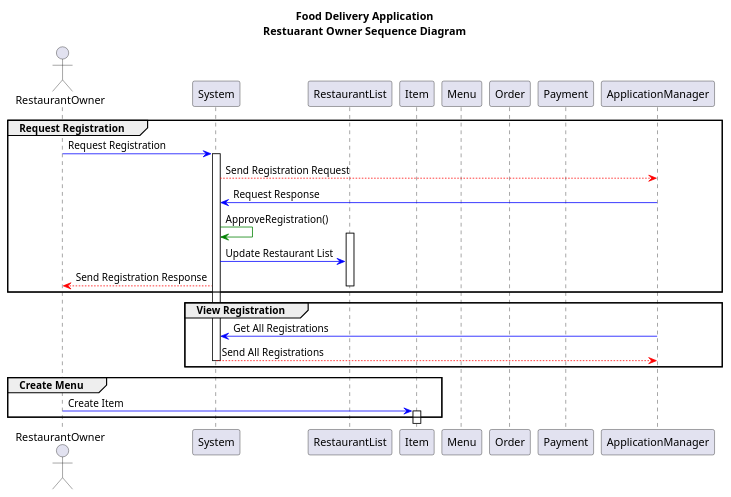
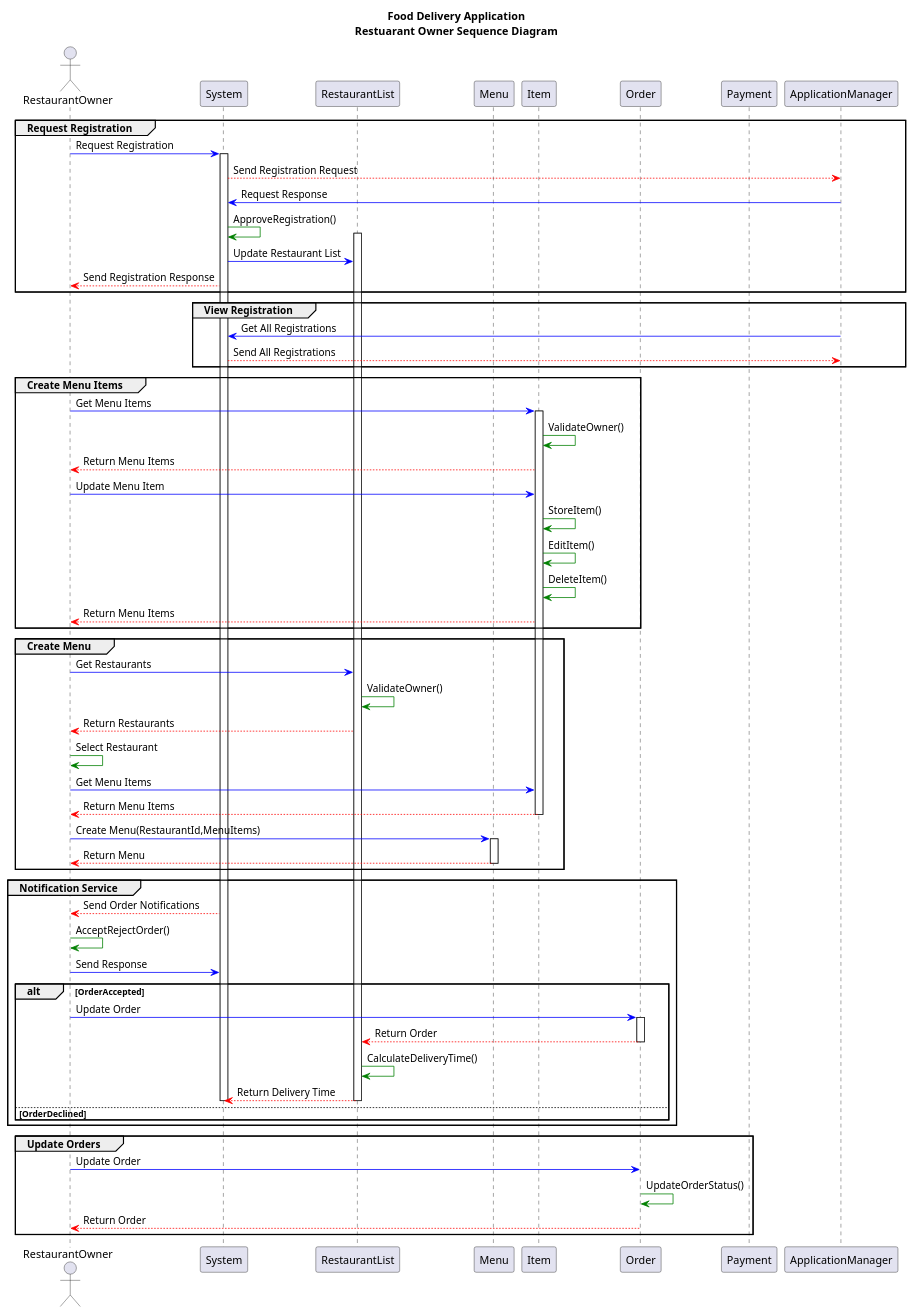
The diagram in WesFiles/RestaurantO-SD.puml (WestonDockstader/FoodDeliveryApp), drawn with PlantUML before and after one commit.

Commit message:
update to RestaurantOwnerSD

```diff
--- a/WesFiles/RestaurantO-SD.puml
+++ b/WesFiles/RestaurantO-SD.puml
@@ -1,37 +1,79 @@
 @startuml 
 
 title Food Delivery Application\nRestuarant Owner Sequence Diagram
 
 actor RestaurantOwner
 
 participant System as System 
 participant RestaurantList as RestaurantList
+participant Menu as Menu
 participant Item as Item
-participant Menu as Menu
 participant Order as Order 
 participant Payment as Payment 
 
 group Request Registration
     RestaurantOwner -[#blue]> System : Request Registration
     activate System
         System -[#red]-> ApplicationManager : Send Registration Request
         ApplicationManager -[#blue]> System : Request Response
         System -[#green]> System : ApproveRegistration()
             activate RestaurantList
             System -[#blue]> RestaurantList : Update Restaurant List
             System -[#red]-> RestaurantOwner : Send Registration Response
-            deactivate RestaurantList
 end /'End Request Registration'/
 
 group View Registration
         ApplicationManager -[#blue]> System : Get All Registrations
         System -[#red]-> ApplicationManager : Send All Registrations
-    deactivate System
 end /'End View Regisration'/
 
+group Create Menu Items
+    RestaurantOwner -[#blue]> Item : Get Menu Items
+    activate Item
+    Item -[#green]> Item : ValidateOwner()
+    Item -[#red]-> RestaurantOwner : Return Menu Items
+    RestaurantOwner -[#blue]> Item : Update Menu Item
+    Item -[#green]> Item : StoreItem()
+    Item -[#green]> Item : EditItem()
+    Item -[#green]> Item : DeleteItem()
+    Item -[#red]-> RestaurantOwner : Return Menu Items
+end /'Create Menu Items'/
+
 group Create Menu
-    RestaurantOwner -[#blue]> Item : Create Item
-    activate Item
+    RestaurantOwner -[#blue]> RestaurantList : Get Restaurants
+    RestaurantList -[#green]> RestaurantList : ValidateOwner()
+    RestaurantList -[#red]-> RestaurantOwner : Return Restaurants
+    RestaurantOwner -[#green]> RestaurantOwner : Select Restaurant
+    RestaurantOwner -[#blue]> Item : Get Menu Items
+    Item -[#red]-> RestaurantOwner : Return Menu Items
+    deactivate Item
+    RestaurantOwner -[#blue]> Menu : Create Menu(RestaurantId,MenuItems)
+    activate Menu
+    Menu -[#red]-> RestaurantOwner : Return Menu
+    deactivate Menu
 end /'Create Menu'/
 
+group Notification Service
+    System -[#red]-> RestaurantOwner : Send Order Notifications
+    RestaurantOwner -[#green]> RestaurantOwner : AcceptRejectOrder()
+    RestaurantOwner -[#blue]> System : Send Response
+    alt OrderAccepted
+        RestaurantOwner -[#blue]> Order : Update Order
+        activate Order
+        Order -[#red]-> RestaurantList : Return Order 
+        deactivate Order
+        RestaurantList -[#green]> RestaurantList : CalculateDeliveryTime()
+        RestaurantList -[#red]-> System : Return Delivery Time
+        deactivate RestaurantList 
+        deactivate System
+    else OrderDeclined
+    end
+end
+
+group Update Orders
+    RestaurantOwner -[#blue]> Order : Update Order
+    Order -[#green]> Order : UpdateOrderStatus()
+    Order -[#red]-> RestaurantOwner : Return Order
+end
+
 @enduml 
```
